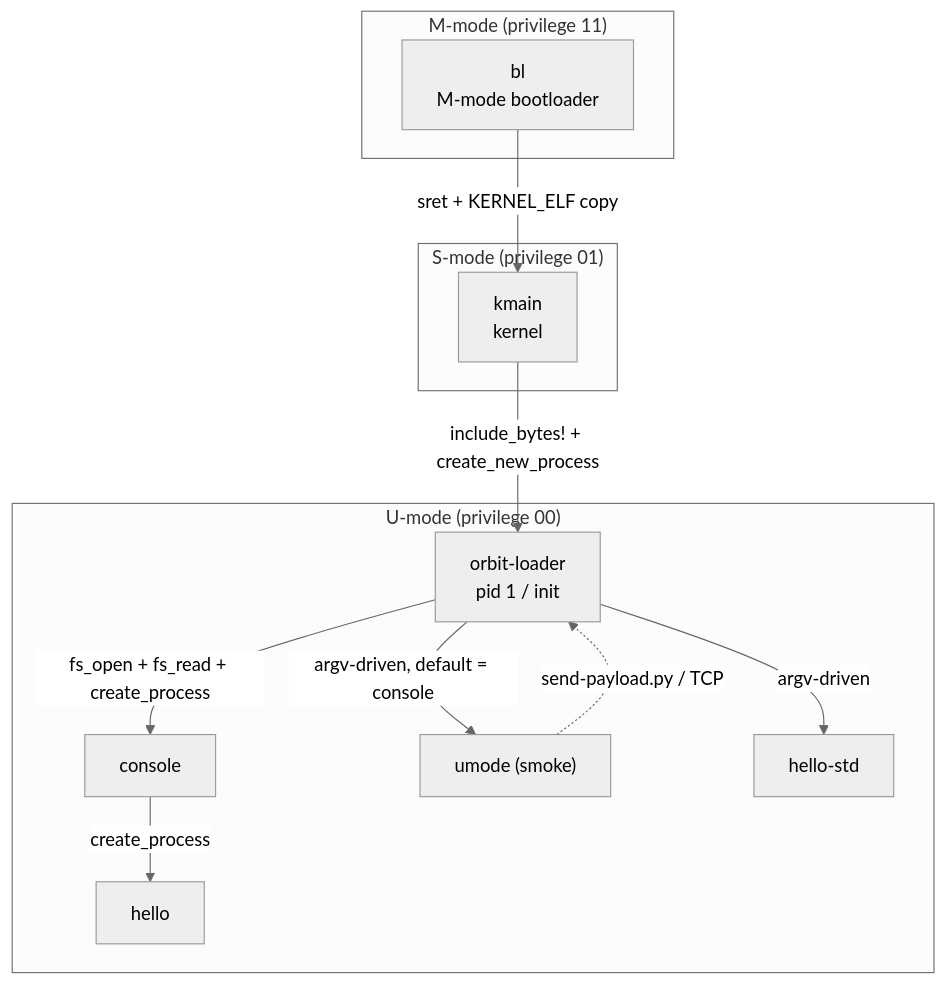
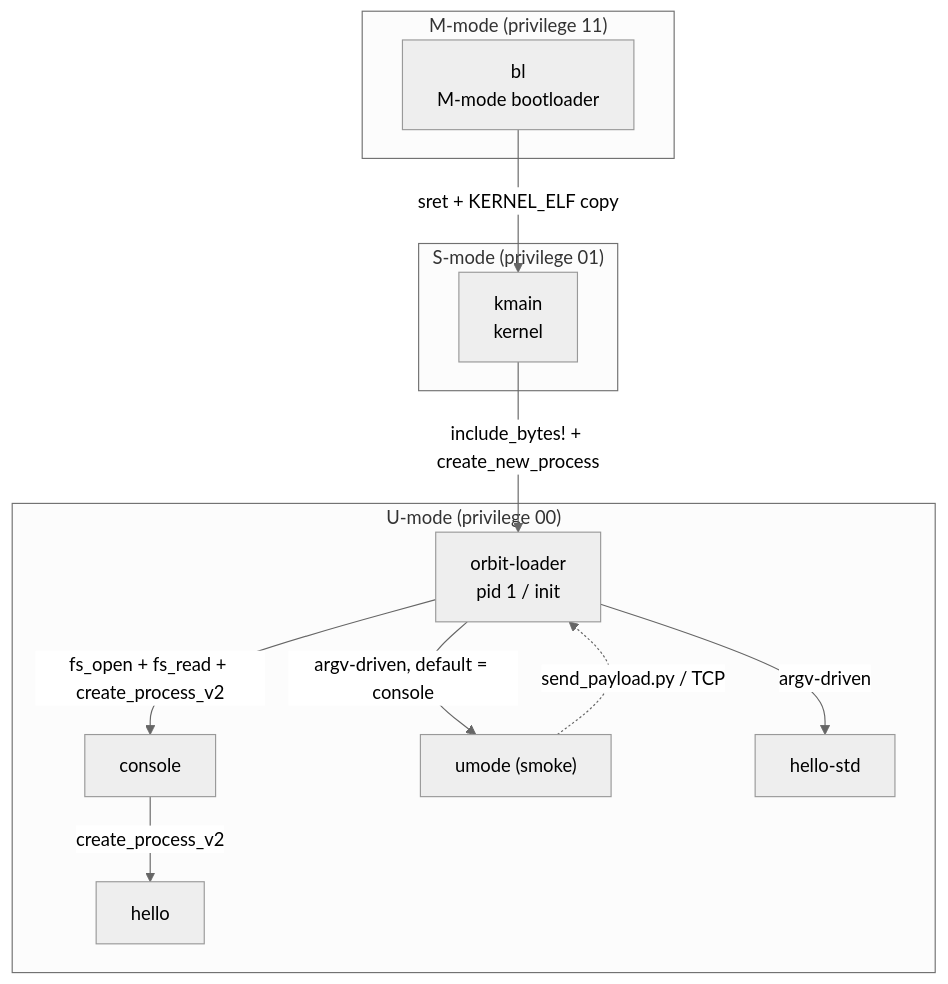
One commit to mayamaclean/orbit changed the first of 4 diagrams in docs/architecture.md. Above: the diagram before and after it, drawn with Mermaid. The commit also changed other lines of this file and 77 other files, not shown here.

````diff
--- a/docs/architecture.md
+++ b/docs/architecture.md
@@ -13,33 +13,33 @@
 ```mermaid
 %%{init: {'theme': 'neutral'}}%%
 graph TD
     subgraph M_MODE["M-mode (privilege 11)"]
         BL["bl<br/>M-mode bootloader"]
     end
     subgraph S_MODE["S-mode (privilege 01)"]
         KMAIN["kmain<br/>kernel"]
     end
     subgraph U_MODE["U-mode (privilege 00)"]
         LOADER["orbit-loader<br/>pid 1 / init"]
         CONSOLE["console"]
         UMODE["umode (smoke)"]
         HELLOSTD["hello-std"]
         HELLO["hello"]
     end
 
     BL -->|"sret + KERNEL_ELF copy"| KMAIN
     KMAIN -->|"include_bytes! + create_new_process"| LOADER
-    LOADER -->|"fs_open + fs_read + create_process"| CONSOLE
+    LOADER -->|"fs_open + fs_read + create_process_v2"| CONSOLE
     LOADER -->|"argv-driven, default = console"| UMODE
     LOADER -->|"argv-driven"| HELLOSTD
-    UMODE -.->|"send-payload.py / TCP"| LOADER
-    CONSOLE -->|"create_process"| HELLO
+    UMODE -.->|"send_payload.py / TCP"| LOADER
+    CONSOLE -->|"create_process_v2"| HELLO
 
     click BL "../bl/src/lib.rs" "M-mode bootloader: UART init, page tables, ELF copy, sret to S-mode"
     click KMAIN "../kmain/src/bin/orbit.rs" "S-mode kernel binary `orbit`: trampoline, rust_main, k_smpstart"
     click LOADER "../orbit-loader/src/main.rs" "boot init + TCP loader: fs_loads init from argv[1], listens on :7777"
     click CONSOLE "../console/src/main.rs" "default init binary: interactive shell"
     click UMODE "../umode/src/main.rs" "smoke harness staged at /bin/smoke"
     click HELLOSTD "../hello-std/src/main.rs" "std-on-orbit canary"
     click HELLO "../hello/src/main.rs" "minimal exec target"
 ```
````
